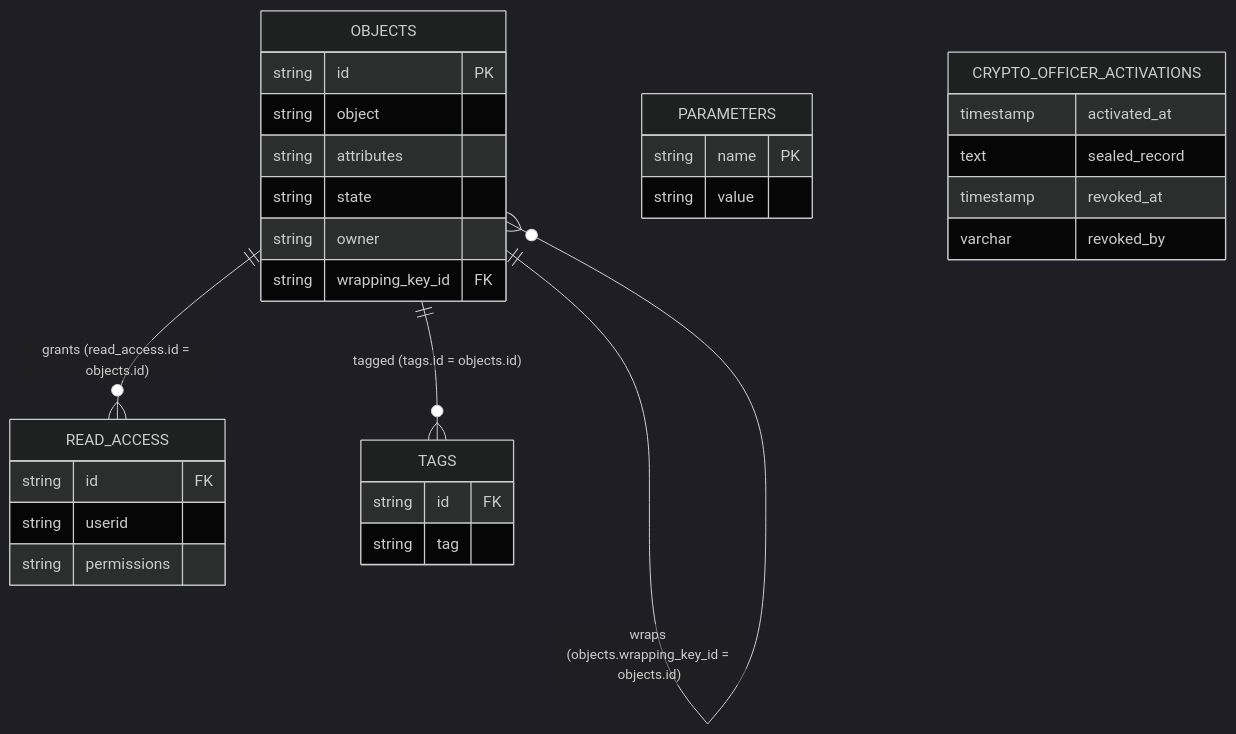
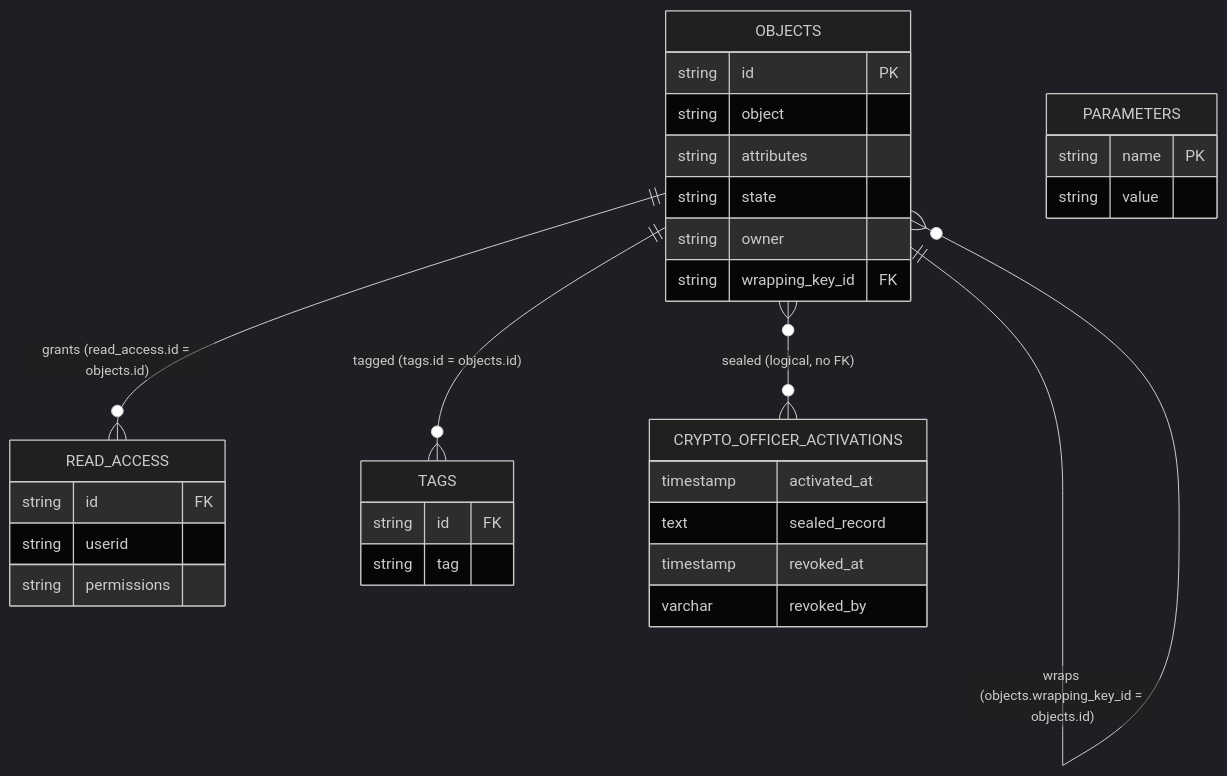
One commit to Cosmian/kms changed the diagram in documentation/docs/configuration/database/tables.md. Above: the diagram before and after it, drawn with Mermaid (dark theme). The commit also changed 5 other files, not shown here.

````diff
--- a/documentation/docs/configuration/database/tables.md
+++ b/documentation/docs/configuration/database/tables.md
@@ -22,33 +22,34 @@
 ```mermaid
 erDiagram
     OBJECTS ||--o{ READ_ACCESS : "grants (read_access.id = objects.id)"
     OBJECTS ||--o{ TAGS : "tagged (tags.id = objects.id)"
     OBJECTS ||--o{ OBJECTS : "wraps (objects.wrapping_key_id = objects.id)"
+    OBJECTS }o--o{ CRYPTO_OFFICER_ACTIVATIONS : "sealed (logical, no FK)"
     PARAMETERS {
         string name PK
         string value
     }
     OBJECTS {
         string id PK
         string object
         string attributes
         string state
         string owner
         string wrapping_key_id FK
     }
     READ_ACCESS {
         string id FK
         string userid
         string permissions
     }
     TAGS {
         string id FK
         string tag
     }
     CRYPTO_OFFICER_ACTIVATIONS {
         timestamp activated_at
         text sealed_record
         timestamp revoked_at
         varchar revoked_by
     }
 ```
````
